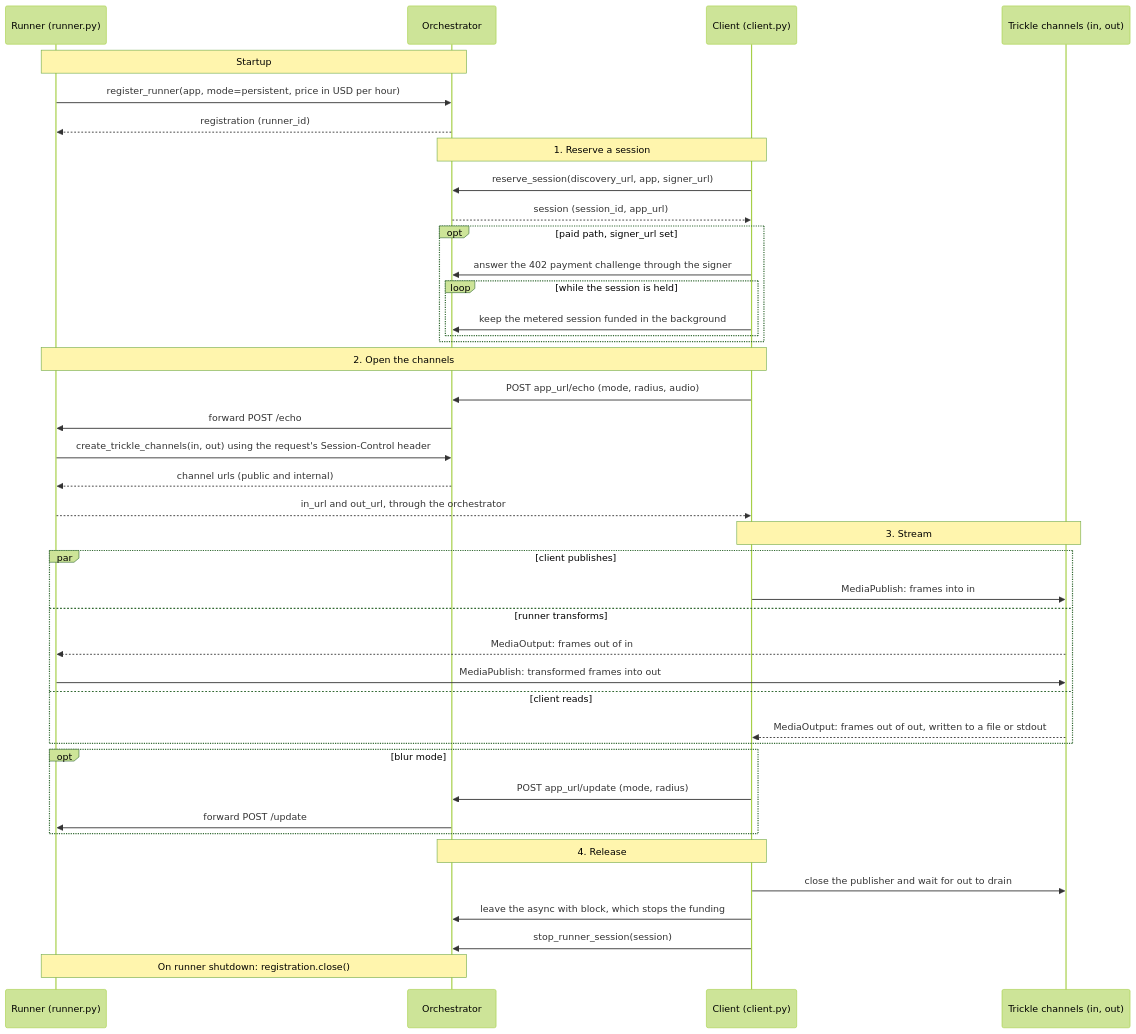
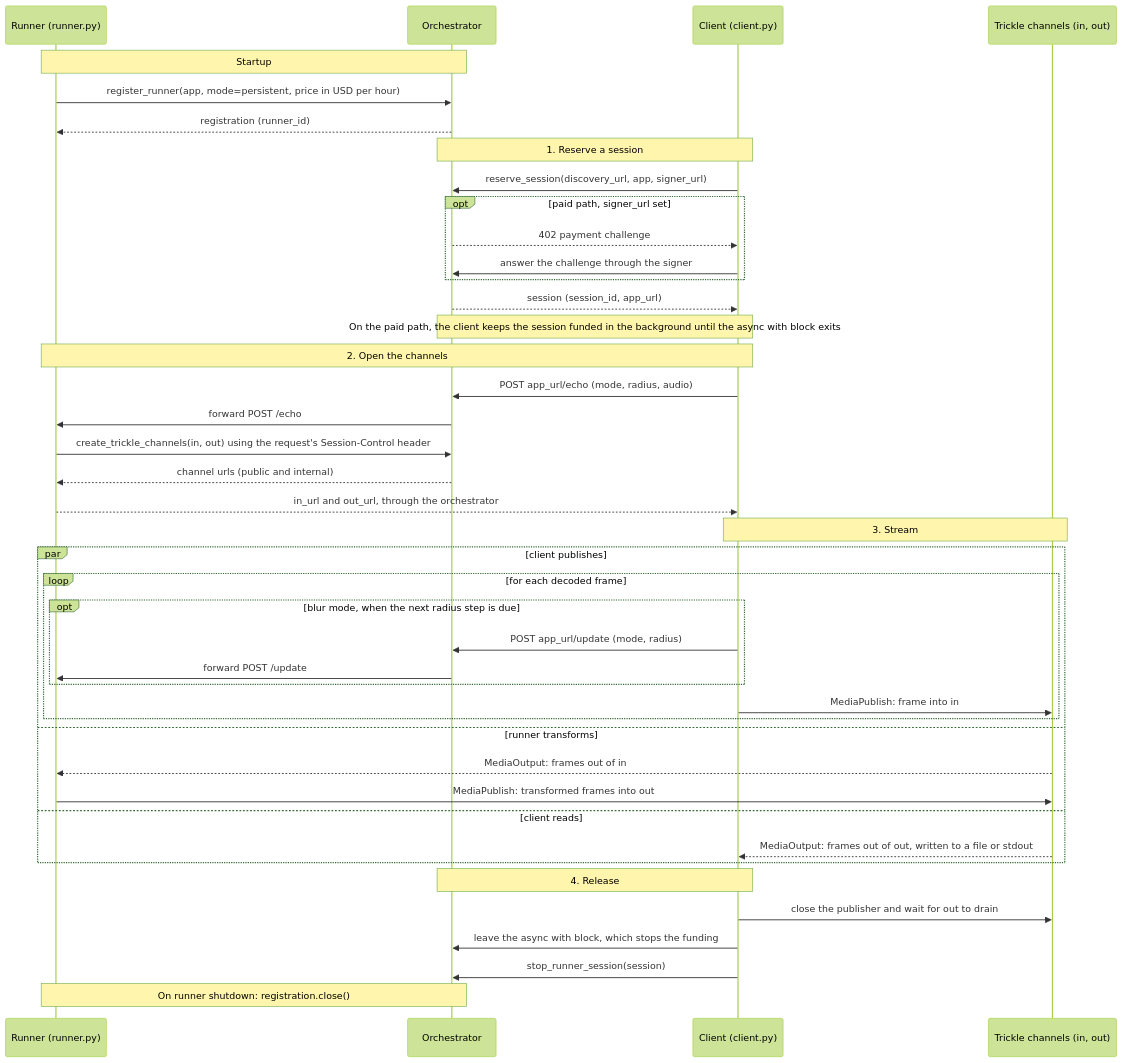
Before and after one commit to livepeer/runner-app-examples: the diagram in echo/README.md, drawn with Mermaid (forest theme).

Commit message:
docs(echo): show the 402 challenge during reserve and blur updates inside the publish loop

````diff
--- a/echo/README.md
+++ b/echo/README.md
@@ -22,48 +22,49 @@
 ```mermaid
 sequenceDiagram
     participant R as Runner (runner.py)
     participant O as Orchestrator
     participant C as Client (client.py)
     participant T as Trickle channels (in, out)
 
     Note over R,O: Startup
     R->>O: register_runner(app, mode=persistent, price in USD per hour)
     O-->>R: registration (runner_id)
 
     Note over C,O: 1. Reserve a session
     C->>O: reserve_session(discovery_url, app, signer_url)
+    opt paid path, signer_url set
+        O-->>C: 402 payment challenge
+        C->>O: answer the challenge through the signer
+    end
     O-->>C: session (session_id, app_url)
-    opt paid path, signer_url set
-        C->>O: answer the 402 payment challenge through the signer
-        loop while the session is held
-            C->>O: keep the metered session funded in the background
-        end
-    end
+    Note over C,O: On the paid path, the client keeps the session funded in the background until the async with block exits
 
     Note over C,R: 2. Open the channels
     C->>O: POST app_url/echo (mode, radius, audio)
     O->>R: forward POST /echo
     R->>O: create_trickle_channels(in, out) using the request's Session-Control header
     O-->>R: channel urls (public and internal)
     R-->>C: in_url and out_url, through the orchestrator
 
     Note over C,T: 3. Stream
     par client publishes
-        C->>T: MediaPublish: frames into in
+        loop for each decoded frame
+            opt blur mode, when the next radius step is due
+                C->>O: POST app_url/update (mode, radius)
+                O->>R: forward POST /update
+            end
+            C->>T: MediaPublish: frame into in
+        end
     and runner transforms
         T-->>R: MediaOutput: frames out of in
         R->>T: MediaPublish: transformed frames into out
     and client reads
         T-->>C: MediaOutput: frames out of out, written to a file or stdout
-    end
-    opt blur mode
-        C->>O: POST app_url/update (mode, radius)
-        O->>R: forward POST /update
     end
 
     Note over C,O: 4. Release
     C->>T: close the publisher and wait for out to drain
     C->>O: leave the async with block, which stops the funding
     C->>O: stop_runner_session(session)
     Note over R,O: On runner shutdown: registration.close()
 ```
````
